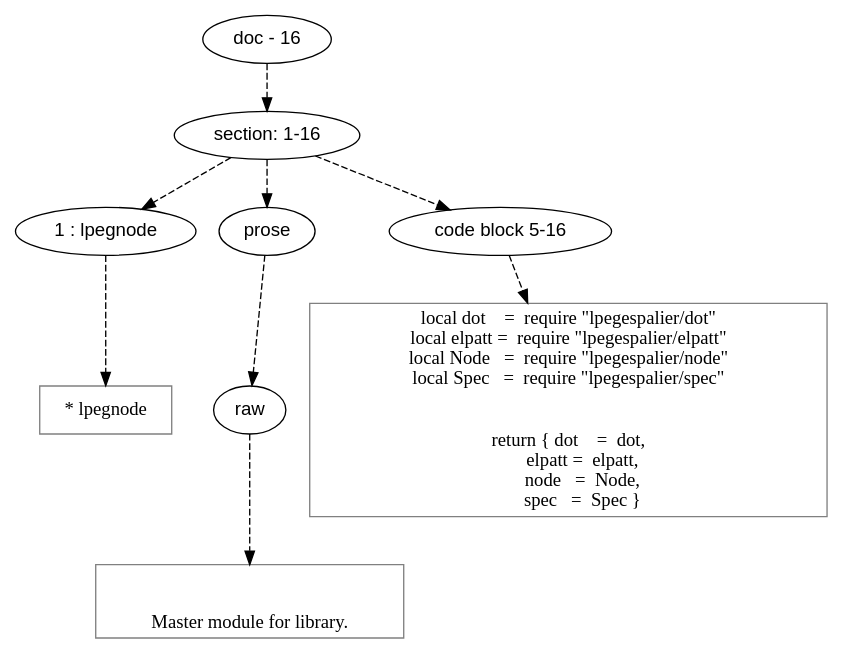
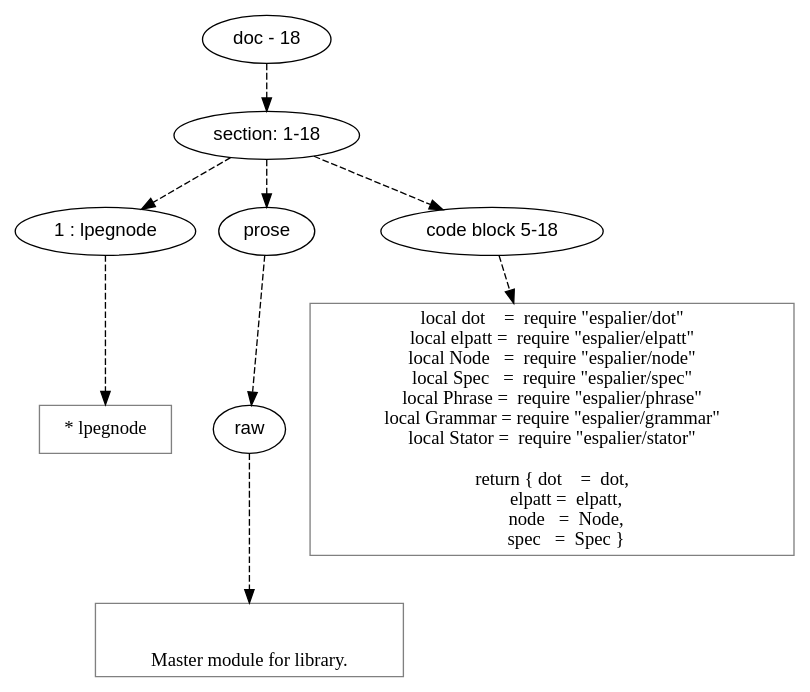
Before and after one commit to orb-lang/espalier: the diagram in doc/dot/lpegnode.dot, drawn with Graphviz. The commit also changed 16 other files, not shown here.

```diff
--- a/doc/dot/lpegnode.dot
+++ b/doc/dot/lpegnode.dot
@@ -1,62 +1,64 @@
 digraph lpegNode {
 
 node [fontname=Helvetica]
 edge [style=dashed]
 
-doc_0 [label="doc - 16"]
+doc_0 [label="doc - 18"]
 
 
 doc_0 -> { section_1}
 {rank=same; section_1}
 
-section_1 [label="section: 1-16"]
+section_1 [label="section: 1-18"]
 
 
 // END RANK doc_0
 
 section_1 -> { header_2 prose_3 codeblock_4}
 {rank=same; header_2 prose_3 codeblock_4}
 
 header_2 [label="1 : lpegnode"]
 
 prose_3 [label="prose"]
 
-codeblock_4 [label="code block 5-16"]
+codeblock_4 [label="code block 5-18"]
 
 
 // END RANK section_1
 
 header_2 -> leaf_5
 leaf_5  [color=Gray,shape=rectangle,fontname=Inconsolata,label="* lpegnode"]
 // END RANK header_2
 
 prose_3 -> { raw_6}
 {rank=same; raw_6}
 
 raw_6 [label="raw"]
 
 
 // END RANK prose_3
 
 raw_6 -> leaf_7
 leaf_7  [color=Gray,shape=rectangle,fontname=Inconsolata,label="
 
 Master module for library.
 "]
 // END RANK raw_6
 
 codeblock_4 -> leaf_8
-leaf_8  [color=Gray,shape=rectangle,fontname=Inconsolata,label="local dot    =  require \"lpegespalier/dot\"
-local elpatt =  require \"lpegespalier/elpatt\"
-local Node   =  require \"lpegespalier/node\"
-local Spec   =  require \"lpegespalier/spec\"
-
+leaf_8  [color=Gray,shape=rectangle,fontname=Inconsolata,label="local dot    =  require \"espalier/dot\"
+local elpatt =  require \"espalier/elpatt\"
+local Node   =  require \"espalier/node\"
+local Spec   =  require \"espalier/spec\"
+local Phrase =  require \"espalier/phrase\"
+local Grammar = require \"espalier/grammar\"
+local Stator =  require \"espalier/stator\"
 
 return { dot    =  dot,
        elpatt =  elpatt,
        node   =  Node,
        spec   =  Spec }"]
 // END RANK codeblock_4
 
 
 }
```
